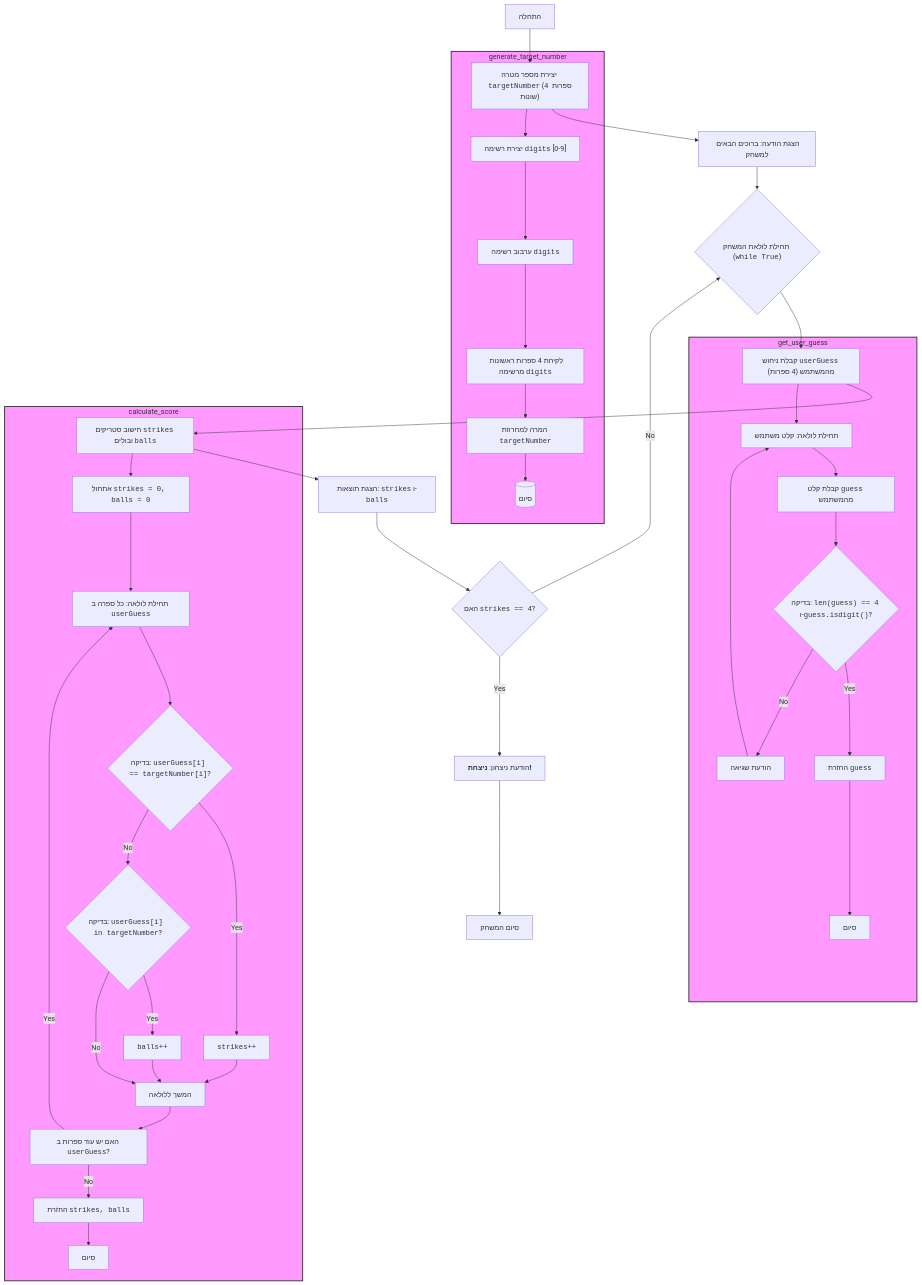
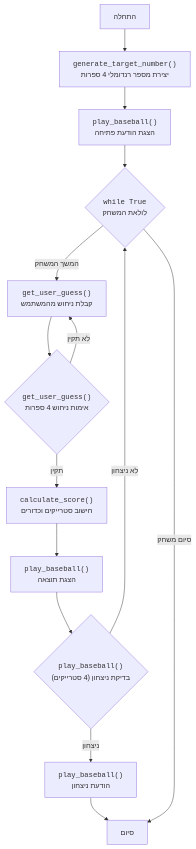
Before and after one commit to hypo69/hypo: the diagram in docs/gemini/he/explainer/src/endpoints/ai_games/101_basic_computer_games/ru/GAMES/BASEBL/basebl.py.md, drawn with Mermaid. The commit also changed other lines of this file and 885 other files, not shown here.

````diff
--- a/docs/gemini/he/explainer/src/endpoints/ai_games/101_basic_computer_games/ru/GAMES/BASEBL/basebl.py.md
+++ b/docs/gemini/he/explainer/src/endpoints/ai_games/101_basic_computer_games/ru/GAMES/BASEBL/basebl.py.md
@@ -66,59 +34,16 @@
 ```mermaid
 flowchart TD
-    Start["התחלה"] --> GenerateTargetNumber["יצירת מספר מטרה <code>targetNumber</code> (4 ספרות שונות)"]
-    GenerateTargetNumber --> OutputGameStartMessage["הצגת הודעה: ברוכים הבאים למשחק"]
-    OutputGameStartMessage --> GameLoopStart{"תחילת לולאת המשחק (<code>while True</code>)"}
-    GameLoopStart --> GetUserGuess["קבלת ניחוש <code>userGuess</code> מהמשתמש (4 ספרות)"]
-    GetUserGuess --> CalculateScore["חישוב סטריקים <code>strikes</code> ובולים <code>balls</code>"]
-    CalculateScore --> OutputScore["הצגת תוצאות: <code>strikes</code> ו-<code>balls</code>"]
-    OutputScore --> CheckWin{"האם <code>strikes == 4</code>?"}
-    CheckWin -- Yes --> OutputWinMessage["הודעת ניצחון: <b>ניצחת!</b>"]
-    OutputWinMessage --> End["סיום המשחק"]
-    CheckWin -- No --> GameLoopStart
-    
-    subgraph generate_target_number
-        GenerateTargetNumber --> CreateDigitsList["יצירת רשימה <code>digits</code> [0-9]"]
-        CreateDigitsList --> ShuffleDigits["ערבוב רשימה <code>digits</code>"]
-        ShuffleDigits --> TakeFirstFourDigits["לקיחת 4 ספרות ראשונות מרשימה <code>digits</code>"]
-        TakeFirstFourDigits --> ConvertToString["המרה למחרוזת <code>targetNumber</code>"]
-        ConvertToString --> GenerateTargetNumberEnd[("סיום")]
-    end
-
-    subgraph get_user_guess
-        GetUserGuess --> UserInputLoop["תחילת לולאה: קלט משתמש"]
-        UserInputLoop --> UserInput["קבלת קלט <code>guess</code> מהמשתמש"]
-        UserInput --> ValidateUserInput{"בדיקה: <code>len(guess) == 4</code> ו-<code>guess.isdigit()</code>?"}
-        ValidateUserInput -- Yes --> ReturnGuess["החזרת <code>guess</code>"]
-        ValidateUserInput -- No --> PrintErrorMessage["הודעת שגיאה"]
-        PrintErrorMessage --> UserInputLoop
-        ReturnGuess --> GetUserGuessEnd["סיום"]
-    end
-
-    subgraph calculate_score
-        CalculateScore --> InitializeScoreCounters["אתחול <code>strikes = 0, balls = 0</code>"]
-        InitializeScoreCounters --> LoopThroughGuess["תחילת לולאה: כל ספרה ב <code>userGuess</code>"]
-        LoopThroughGuess --> CheckIfStrike{"בדיקה: <code>userGuess[i] == targetNumber[i]</code>?"}
-        CheckIfStrike -- Yes --> IncrementStrikes["<code>strikes++</code>"]
-        IncrementStrikes --> NextDigitCheck["המשך ללולאה"]
-         CheckIfStrike -- No --> CheckIfBall{"בדיקה: <code>userGuess[i] in targetNumber</code>?"}
-        CheckIfBall -- Yes --> IncrementBalls["<code>balls++</code>"]
-        IncrementBalls --> NextDigitCheck
-        CheckIfBall -- No --> NextDigitCheck
-        NextDigitCheck --> LoopThroughGuessNext["האם יש עוד ספרות ב <code>userGuess</code>?"]
-        LoopThroughGuessNext -- Yes --> LoopThroughGuess
-        LoopThroughGuessNext -- No --> ReturnStrikesAndBalls["החזרת <code>strikes, balls</code>"]
-        ReturnStrikesAndBalls --> CalculateScoreEnd["סיום"]
-
-    end
-
-    classDef subStyle fill:#f9f,stroke:#333,stroke-width:2px
-    subgraph generate_target_number
-      class generate_target_number subStyle
-    end
-    subgraph get_user_guess
-      class get_user_guess subStyle
-    end
-    subgraph calculate_score
-      class calculate_score subStyle
-    end
+    Start["התחלה"] --> GenerateTargetNumber["<code>generate_target_number()</code><br>יצירת מספר רנדומלי 4 ספרות"]
+    GenerateTargetNumber --> OutputGameStartMessage["<code>play_baseball()</code><br>הצגת הודעת פתיחה"]
+    OutputGameStartMessage --> LoopStart{"<code>while True</code><br>לולאת המשחק"}
+    LoopStart -- המשך המשחק --> InputGuess["<code>get_user_guess()</code><br>קבלת ניחוש מהמשתמש"]
+    InputGuess --> ValidateGuess{"<code>get_user_guess()</code><br>אימות ניחוש 4 ספרות"}
+    ValidateGuess -- לא תקין --> InputGuess
+    ValidateGuess -- תקין --> CalculateScore["<code>calculate_score()</code><br>חישוב סטרייקים וכדורים"]
+    CalculateScore --> OutputScore["<code>play_baseball()</code><br>הצגת תוצאה"]
+    OutputScore --> CheckWin{"<code>play_baseball()</code><br>בדיקת ניצחון (4 סטרייקים)"}
+    CheckWin -- ניצחון --> OutputWin["<code>play_baseball()</code><br>הודעת ניצחון"]
+    OutputWin --> End["סיום"]
+    CheckWin -- לא ניצחון --> LoopStart
+    LoopStart -- סיום משחק --> End
 ```
````
